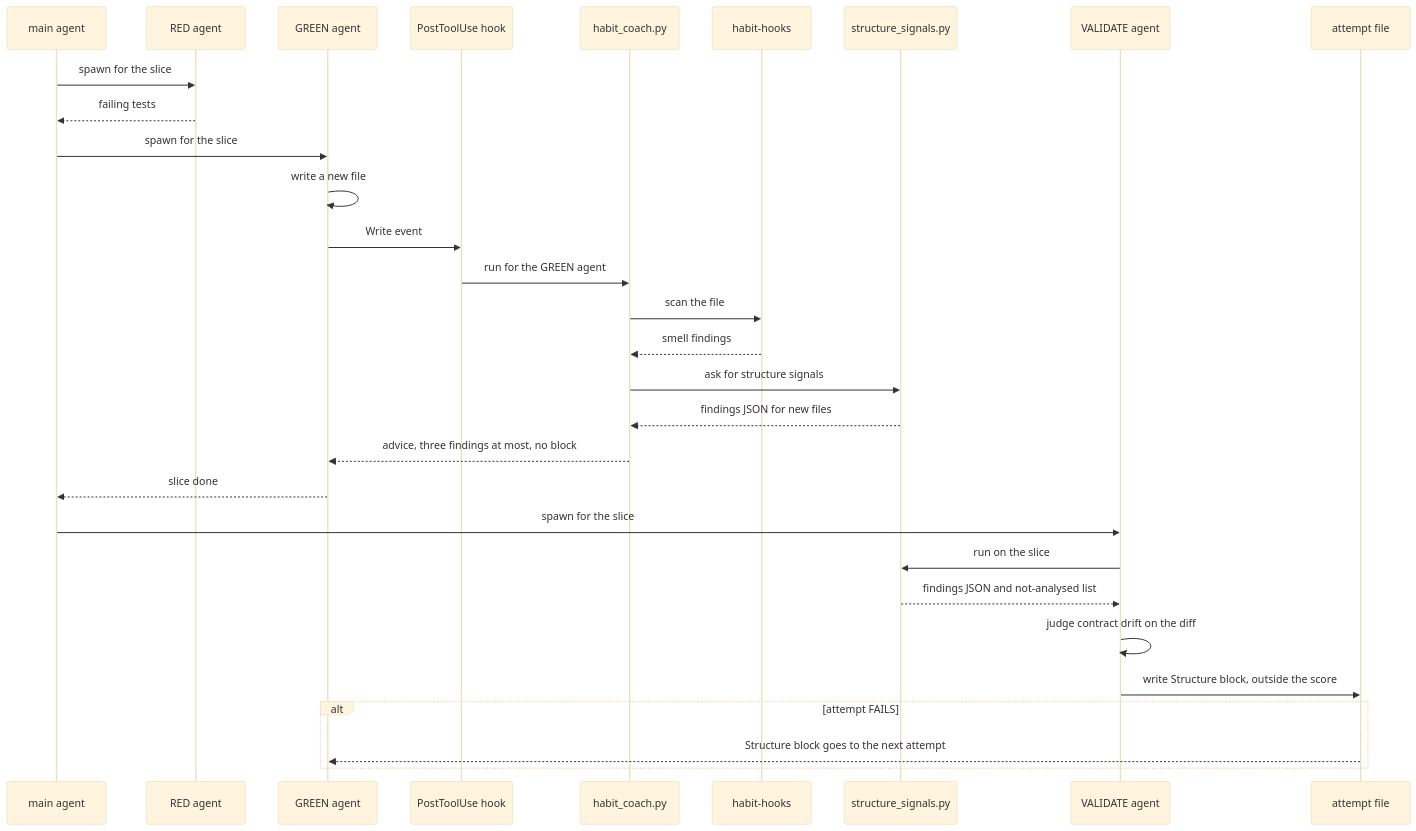
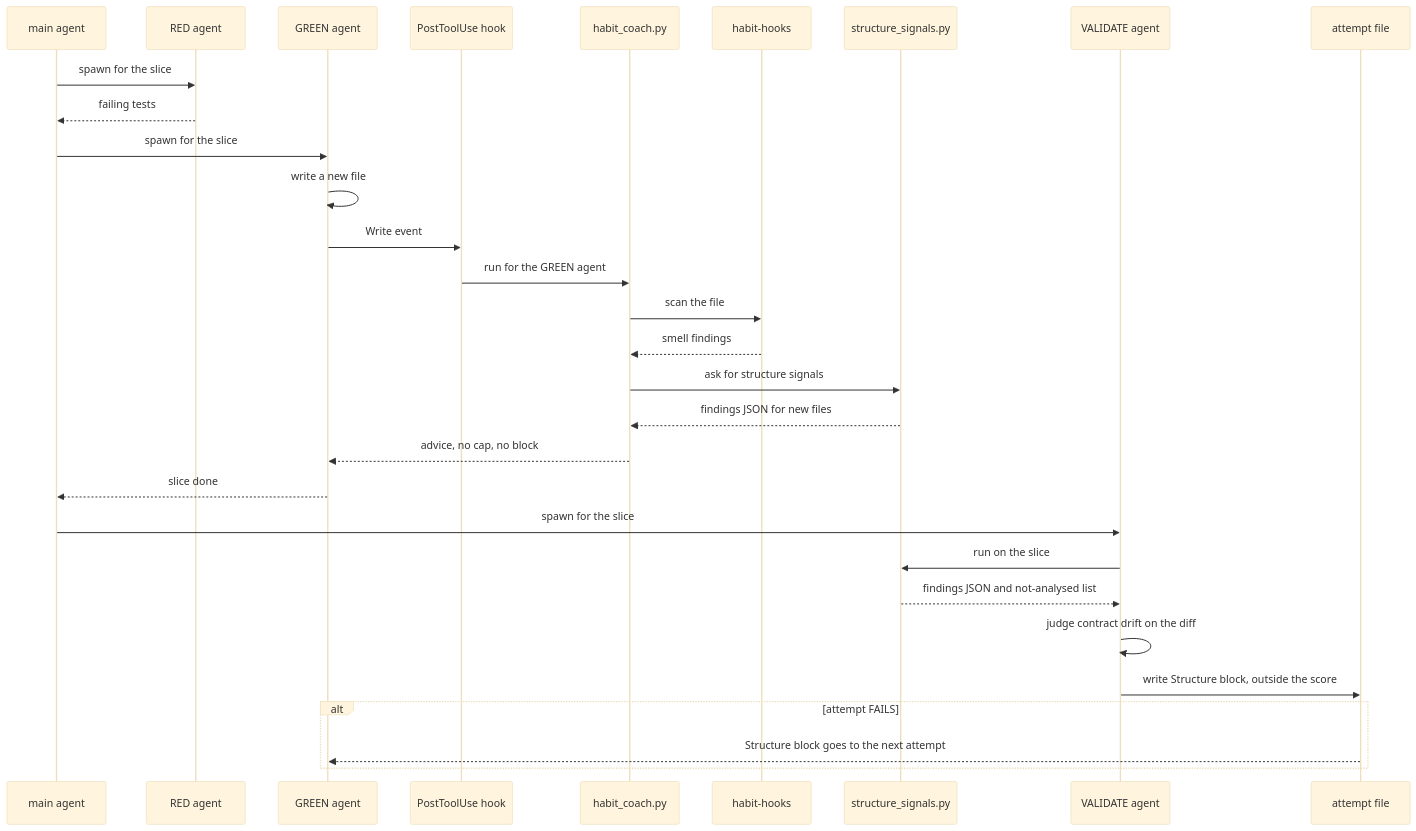
Before and after one commit to bjornslib/cobuilder-plugin: the diagram in docs/architecture/designs/structure-coaching/diagrams/level-2.mmd, drawn with Mermaid (base theme). The commit also changed 12 other files, not shown here.

```diff
--- a/docs/architecture/designs/structure-coaching/diagrams/level-2.mmd
+++ b/docs/architecture/designs/structure-coaching/diagrams/level-2.mmd
@@ -1,31 +1,31 @@
 sequenceDiagram
     participant Main as main agent
     participant Red as RED agent
     participant Green as GREEN agent
     participant Hook as PostToolUse hook
     participant Coach as habit_coach.py
     participant HH as habit-hooks
     participant SS as structure_signals.py
     participant Val as VALIDATE agent
     participant Att as attempt file
 
     Main->>Red: spawn for the slice
     Red-->>Main: failing tests
     Main->>Green: spawn for the slice
     Green->>Green: write a new file
     Green->>Hook: Write event
     Hook->>Coach: run for the GREEN agent
     Coach->>HH: scan the file
     HH-->>Coach: smell findings
     Coach->>SS: ask for structure signals
     SS-->>Coach: findings JSON for new files
-    Coach-->>Green: advice, three findings at most, no block
+    Coach-->>Green: advice, no cap, no block
     Green-->>Main: slice done
     Main->>Val: spawn for the slice
     Val->>SS: run on the slice
     SS-->>Val: findings JSON and not-analysed list
     Val->>Val: judge contract drift on the diff
     Val->>Att: write Structure block, outside the score
     alt attempt FAILS
         Att-->>Green: Structure block goes to the next attempt
     end
```
